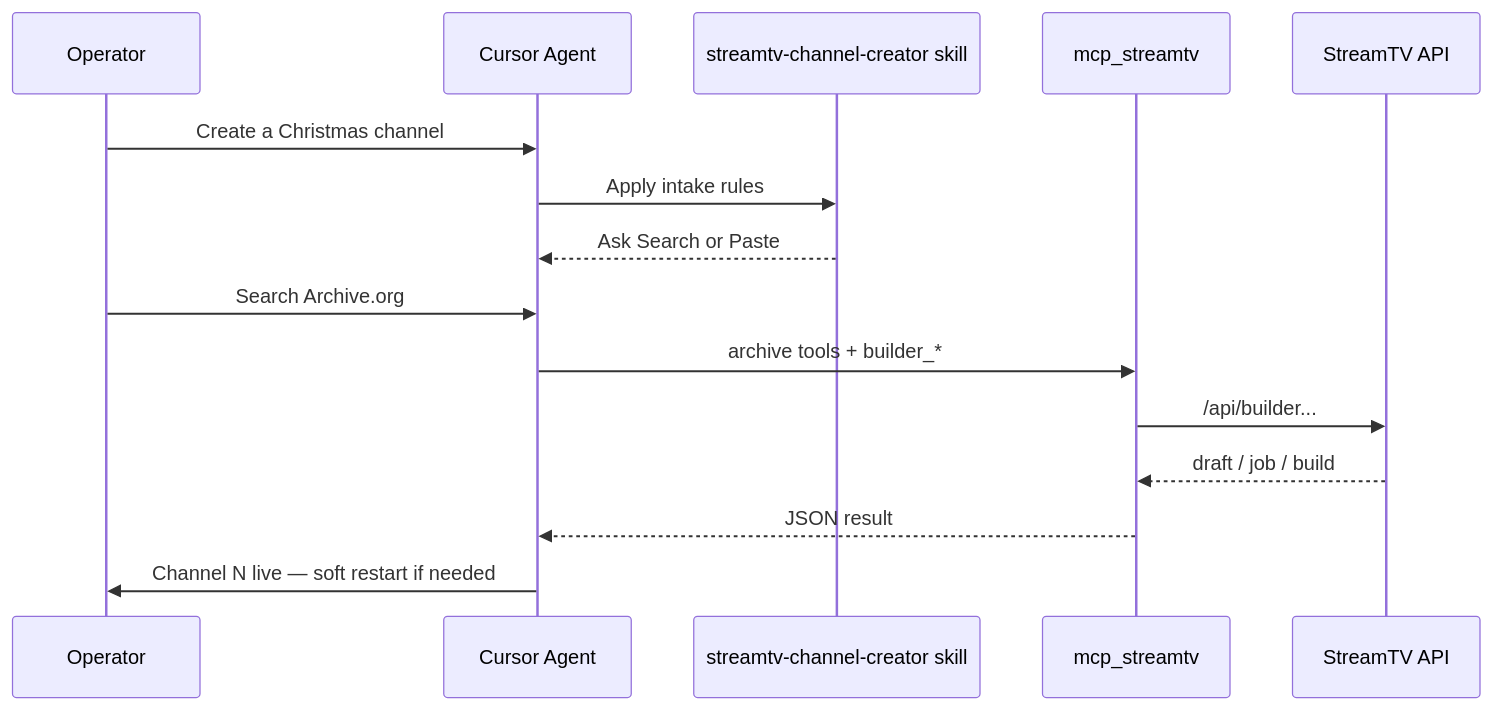
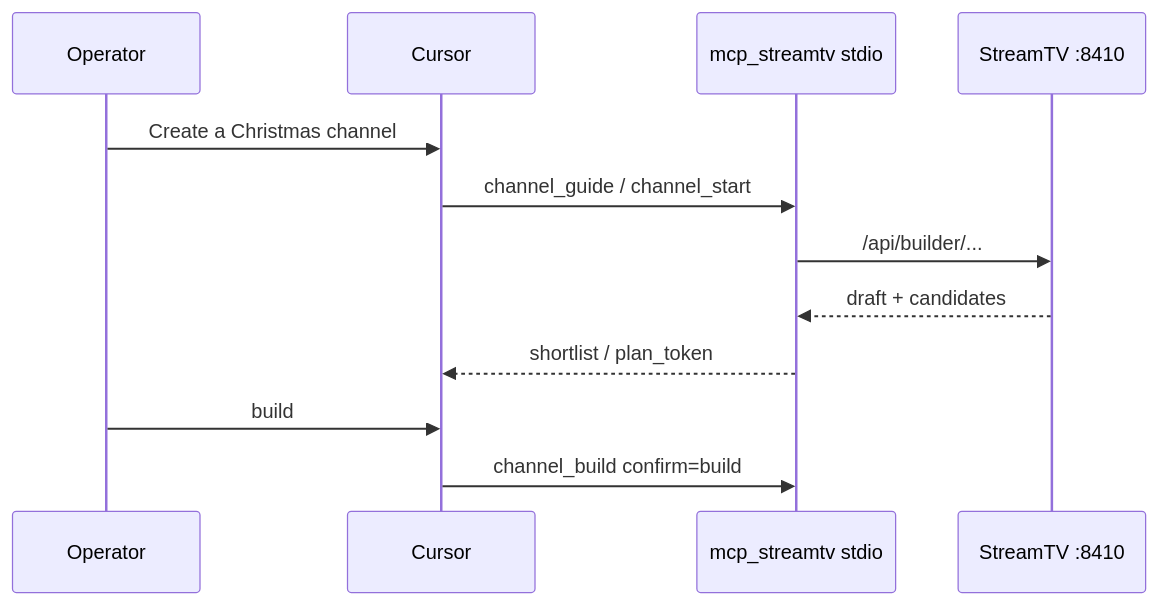
Before and after one commit to roto31/StreamTV: the fourth of 11 diagrams in docs/guides/CHANNEL_CREATOR_MCP_HOST_WIRING.md, drawn with Mermaid. The commit also changed other lines of this file and 8 other files, not shown here.

````diff
--- a/docs/guides/CHANNEL_CREATOR_MCP_HOST_WIRING.md
+++ b/docs/guides/CHANNEL_CREATOR_MCP_HOST_WIRING.md
@@ -172,18 +96,14 @@
 ```mermaid
 sequenceDiagram
   participant U as Operator
-  participant C as Cursor Agent
-  participant S as streamtv-channel-creator skill
-  participant M as mcp_streamtv
-  participant A as StreamTV API
-
+  participant C as Cursor
+  participant M as mcp_streamtv stdio
+  participant S as StreamTV :8410
   U->>C: Create a Christmas channel
-  C->>S: Apply intake rules
-  S-->>C: Ask Search or Paste
-  U->>C: Search Archive.org
-  C->>M: archive tools + builder_* 
-  M->>A: /api/builder...
-  A-->>M: draft / job / build
-  M-->>C: JSON result
-  C->>U: Channel N live — soft restart if needed
+  C->>M: channel_guide / channel_start
+  M->>S: /api/builder/...
+  S-->>M: draft + candidates
+  M-->>C: shortlist / plan_token
+  U->>C: build
+  C->>M: channel_build confirm=build
 ```
````
